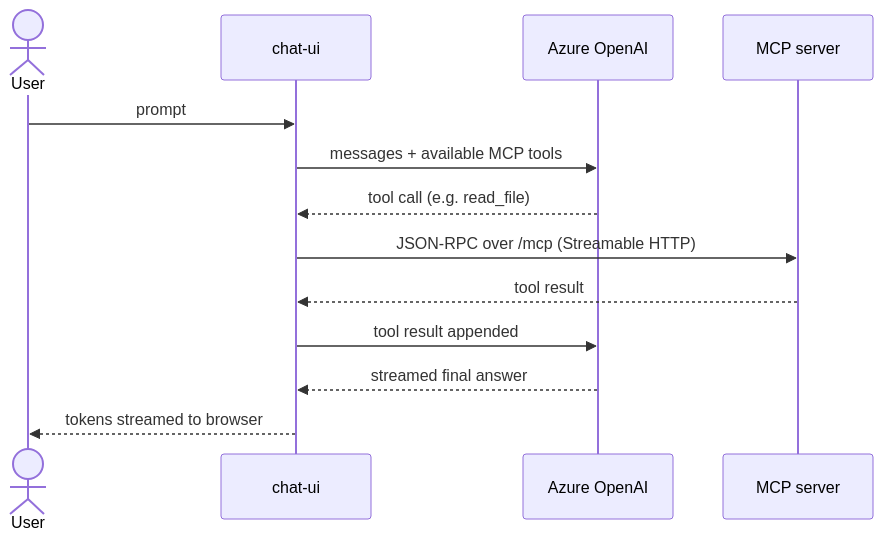
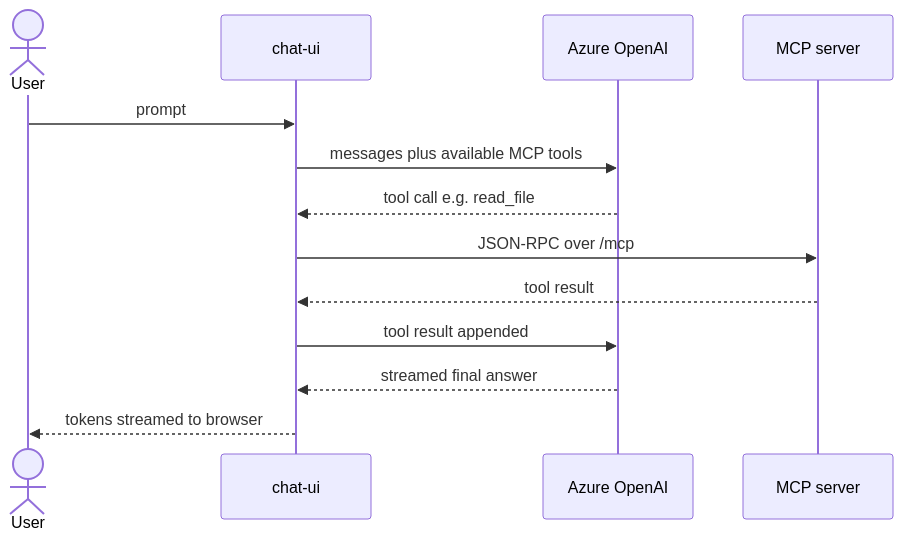
The second of 3 diagrams in README.md (mimuruth/AzLens), drawn with Mermaid before and after one commit. The commit also changed other lines of this file, not shown here.

Commit message:
docs: fix Mermaid diagrams that failed to render on GitHub

````diff
--- a/README.md
+++ b/README.md
@@ -99,16 +99,16 @@
 ```mermaid
 sequenceDiagram
     actor U as User
     participant C as chat-ui
     participant O as Azure OpenAI
     participant M as MCP server
 
     U->>C: prompt
-    C->>O: messages + available MCP tools
-    O-->>C: tool call (e.g. read_file)
-    C->>M: JSON-RPC over /mcp (Streamable HTTP)
+    C->>O: messages plus available MCP tools
+    O-->>C: tool call e.g. read_file
+    C->>M: JSON-RPC over /mcp
     M-->>C: tool result
     C->>O: tool result appended
     O-->>C: streamed final answer
     C-->>U: tokens streamed to browser
 ```
````
